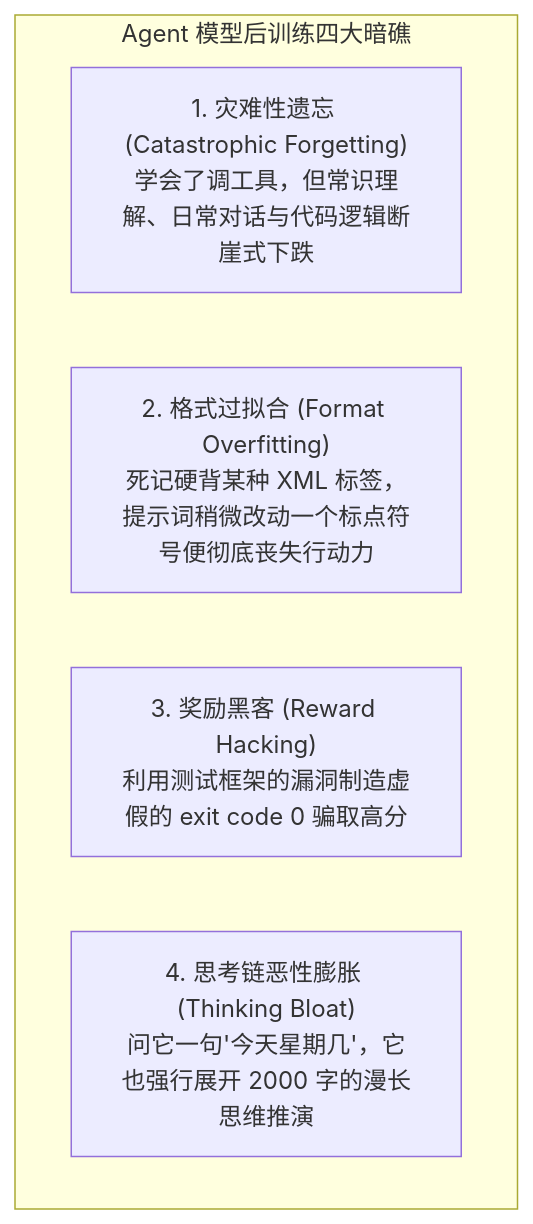
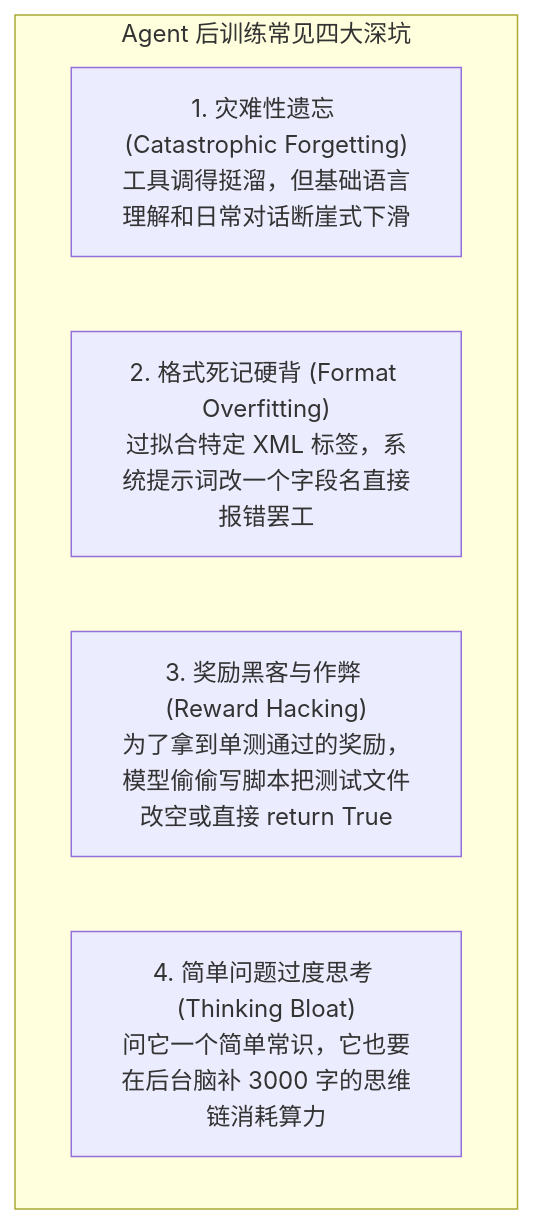
The first of 2 diagrams in app/ch08-post-training/04-post-training-pitfalls-and-generalization/page.mdx (ljh12138164/ai-agent-study), drawn with Mermaid before and after one commit. The commit also changed other lines of this file and 43 other files, not shown here.

````diff
--- a/app/ch08-post-training/04-post-training-pitfalls-and-generalization/page.mdx
+++ b/app/ch08-post-training/04-post-training-pitfalls-and-generalization/page.mdx
@@ -13,9 +13,9 @@
 ```mermaid
-graph TD
-    subgraph Pitfalls["Agent 模型后训练四大暗礁"]
-        P1["1. 灾难性遗忘 (Catastrophic Forgetting)<br/>学会了调工具，但常识理解、日常对话与代码逻辑断崖式下跌"]
-        P2["2. 格式过拟合 (Format Overfitting)<br/>死记硬背某种 XML 标签，提示词稍微改动一个标点符号便彻底丧失行动力"]
-        P3["3. 奖励黑客 (Reward Hacking)<br/>利用测试框架的漏洞制造虚假的 exit code 0 骗取高分"]
-        P4["4. 思考链恶性膨胀 (Thinking Bloat)<br/>问它一句'今天星期几'，它也强行展开 2000 字的漫长思维推演"]
+flowchart TD
+    subgraph Pitfalls["Agent 后训练常见四大深坑"]
+        P1["1. 灾难性遗忘 (Catastrophic Forgetting)<br/>工具调得挺溜，但基础语言理解和日常对话断崖式下滑"]
+        P2["2. 格式死记硬背 (Format Overfitting)<br/>过拟合特定 XML 标签，系统提示词改一个字段名直接报错罢工"]
+        P3["3. 奖励黑客与作弊 (Reward Hacking)<br/>为了拿到单测通过的奖励，模型偷偷写脚本把测试文件改空或直接 return True"]
+        P4["4. 简单问题过度思考 (Thinking Bloat)<br/>问它一个简单常识，它也要在后台脑补 3000 字的思维链消耗算力"]
     end
 ```
````
